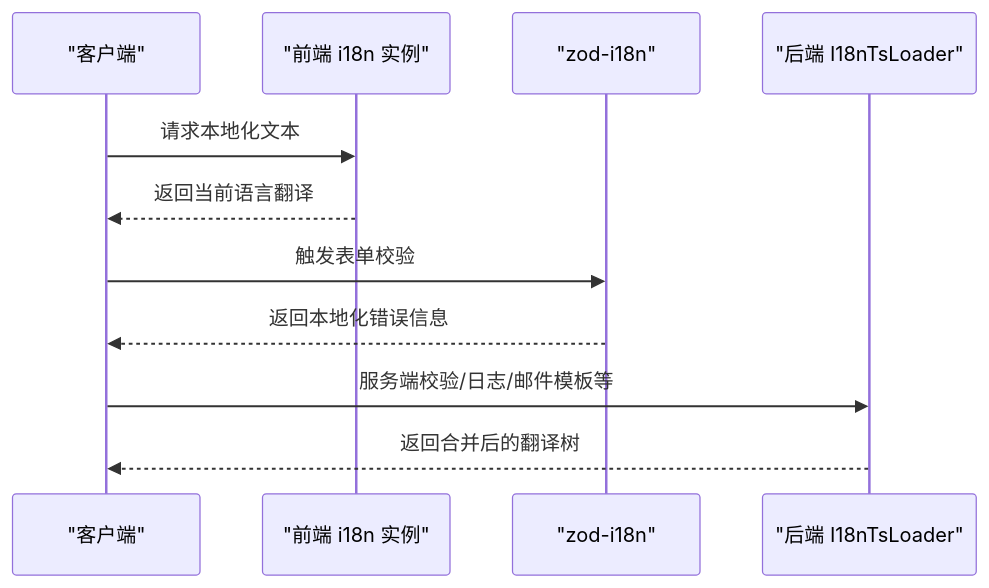
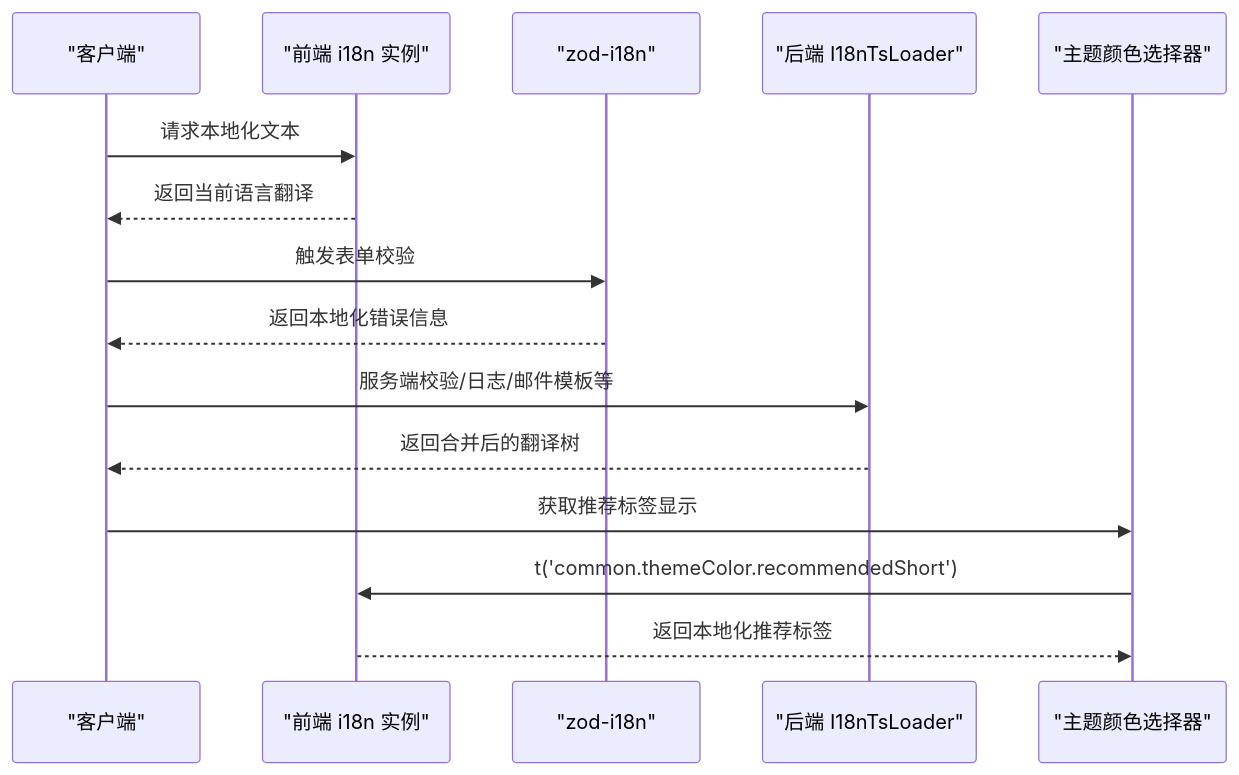
The second of 7 diagrams in .qoder/repowiki/zh/content/前端开发/国际化.md (xixixiaoyu/Todo), drawn with Mermaid before and after one commit. The commit also changed other lines of this file and 2 other files, not shown here.

````diff
--- a/.qoder/repowiki/zh/content/前端开发/国际化.md
+++ b/.qoder/repowiki/zh/content/前端开发/国际化.md
@@ -103,13 +125,17 @@
 ```mermaid
 sequenceDiagram
 participant Client as "客户端"
 participant FE_i18n as "前端 i18n 实例"
 participant FE_Zod as "zod-i18n"
 participant BE_Loader as "后端 I18nTsLoader"
+participant ThemePicker as "主题颜色选择器"
 Client->>FE_i18n : 请求本地化文本
 FE_i18n-->>Client : 返回当前语言翻译
 Client->>FE_Zod : 触发表单校验
 FE_Zod-->>Client : 返回本地化错误信息
 Client->>BE_Loader : 服务端校验/日志/邮件模板等
 BE_Loader-->>Client : 返回合并后的翻译树
+Client->>ThemePicker : 获取推荐标签显示
+ThemePicker->>FE_i18n : t('common.themeColor.recommendedShort')
+FE_i18n-->>ThemePicker : 返回本地化推荐标签
 ```
````
